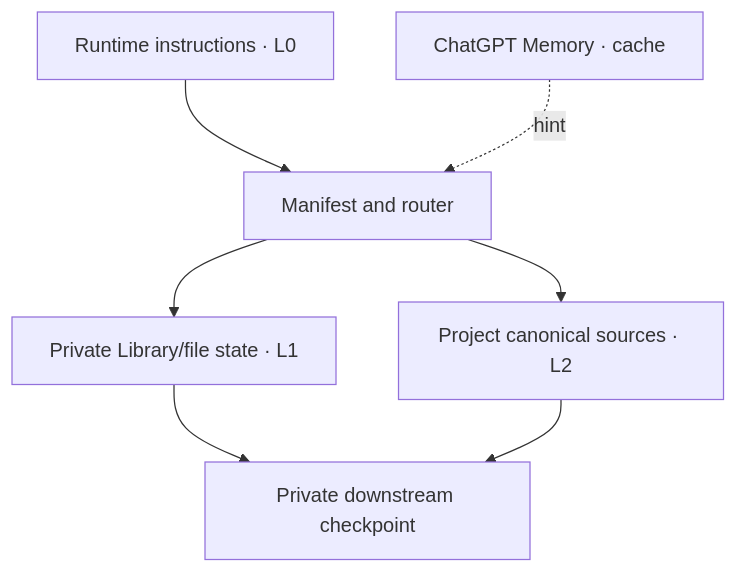
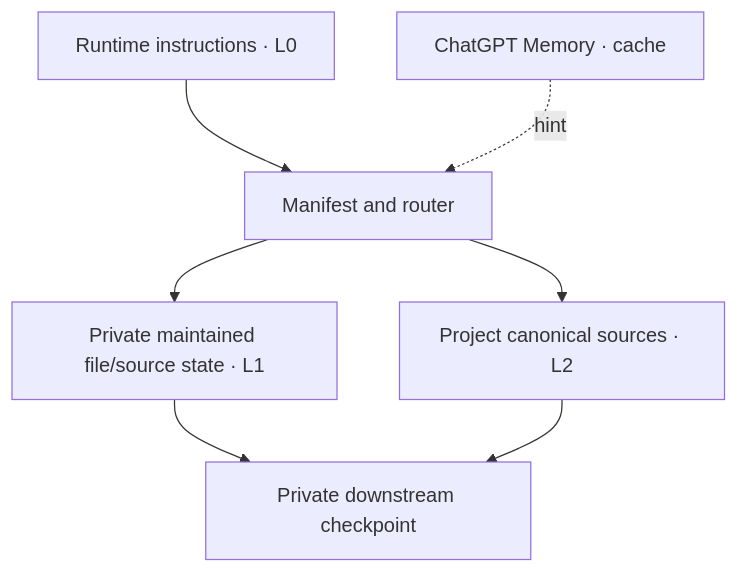
The diagram in adapters/chatgpt/README.md (focaxisdev/src_you), drawn with Mermaid before and after one commit. The commit also changed other lines of this file and 8 other files, not shown here.

````diff
--- a/adapters/chatgpt/README.md
+++ b/adapters/chatgpt/README.md
@@ -41,9 +39,9 @@
 ```mermaid
 flowchart TD
     I["Runtime instructions · L0"] --> R["Manifest and router"]
-    R --> L["Private Library/file state · L1"]
+    R --> L["Private maintained file/source state · L1"]
     R --> P["Project canonical sources · L2"]
     M["ChatGPT Memory · cache"] -. hint .-> R
     L --> B["Private downstream checkpoint"]
     P --> B
 ```
````
